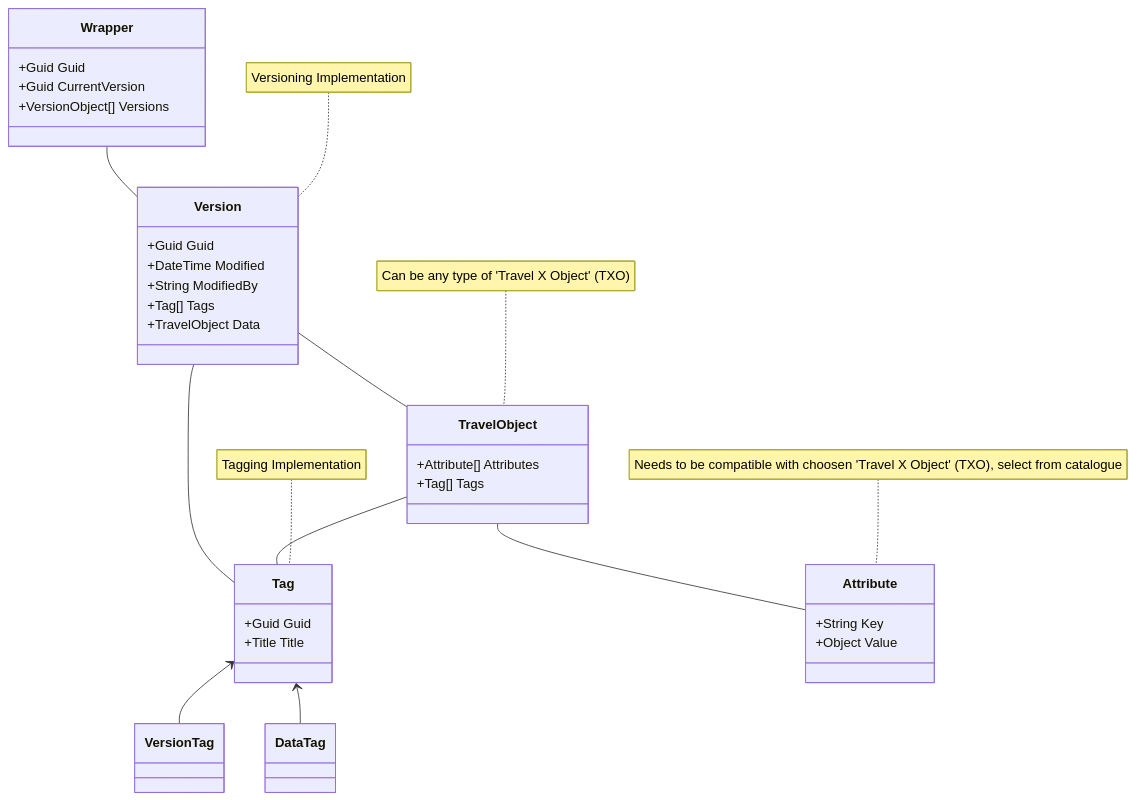
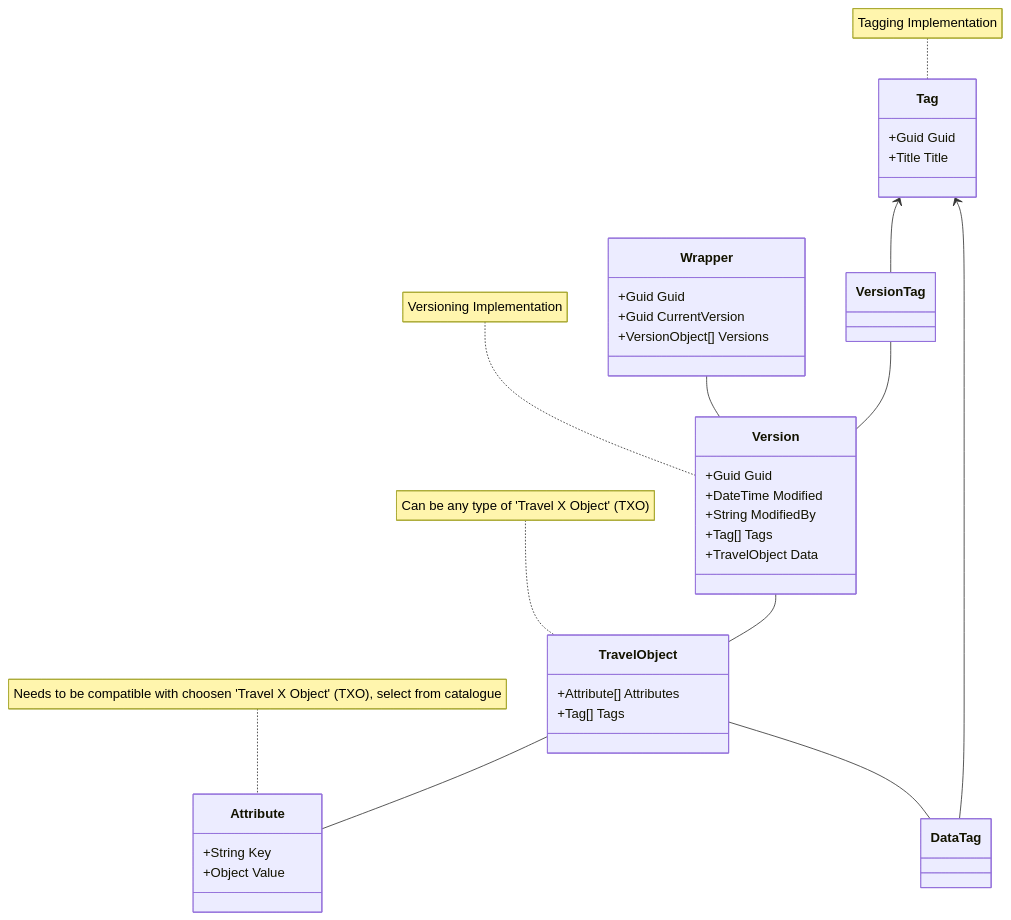
The diagram in Travel Object TO.md (OSSTRA/TXDM), drawn with Mermaid before and after one commit.

Commit message:
Update Travel Object TO.md

````diff
--- a/Travel Object TO.md
+++ b/Travel Object TO.md
@@ -14,38 +14,38 @@
 ```mermaid
 classDiagram
 Wrapper -- Version
-Tag -- Version
+VersionTag -- Version
 Version -- TravelObject
 TravelObject -- Attribute
-TravelObject -- Tag
+TravelObject -- DataTag
 Tag <-- VersionTag
 Tag <-- DataTag
     class Wrapper{
       +Guid Guid
       +Guid CurrentVersion
       +VersionObject[] Versions
     }
     class Version{
       +Guid Guid
       +DateTime Modified
       +String ModifiedBy
       +Tag[] Tags
       +TravelObject Data
     }
     class Tag{
         +Guid Guid
         +Title Title
     }
     class TravelObject{
         +Attribute[] Attributes
         +Tag[] Tags
     }
     class Attribute{
         +String Key
         +Object Value
     }
     note for Version "Versioning Implementation"
     note for Tag "Tagging Implementation"
     note for TravelObject "Can be any type of 'Travel X Object' (TXO)"
     note for Attribute "Needs to be compatible with choosen 'Travel X Object' (TXO), select from catalogue"
 ```
````
